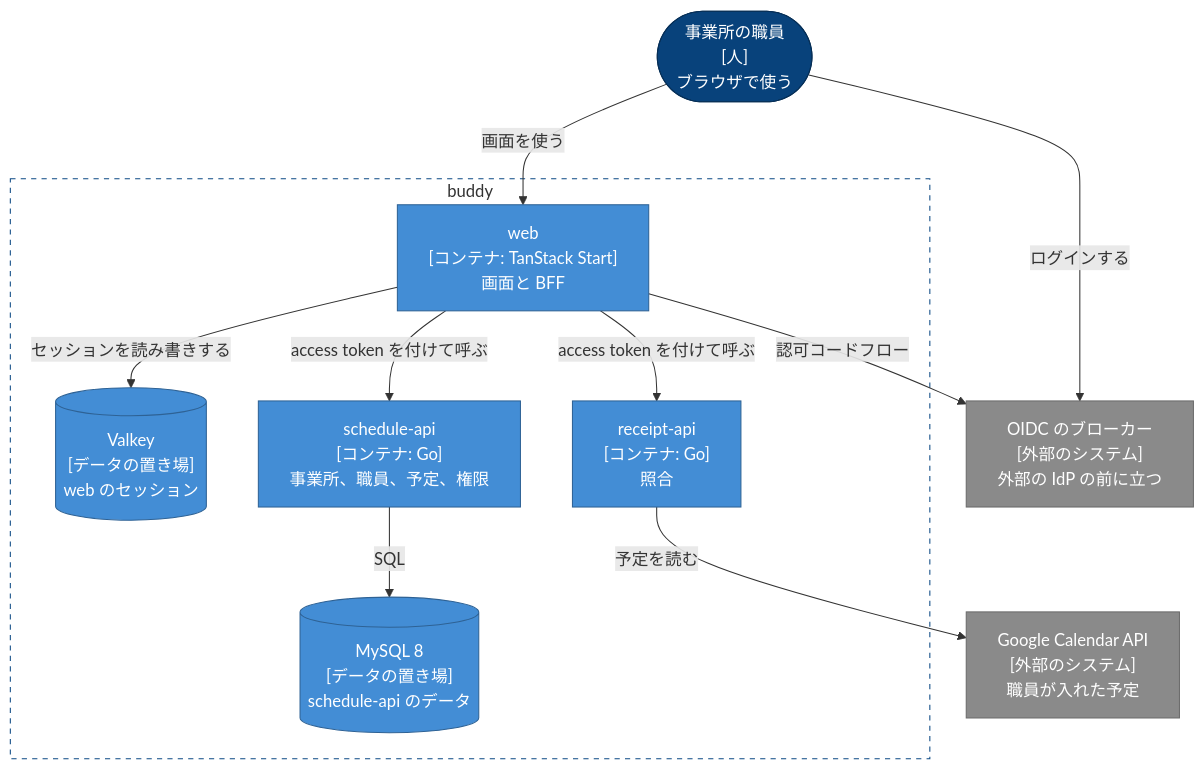
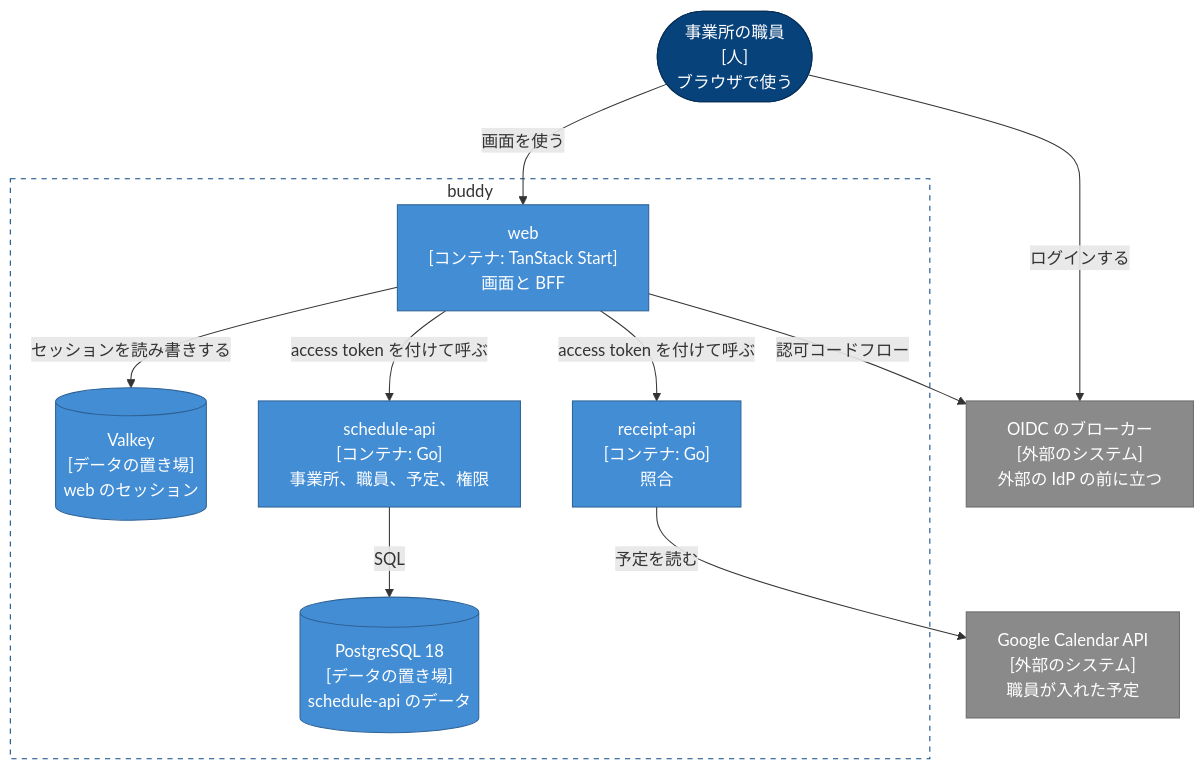
Before and after one commit to Fukuemon/buddy: the diagram in docs/design/DesignDoc.md, drawn with Mermaid. The commit also changed other lines of this file and 9 other files, not shown here.

Commit message:
docs: DB の記述を PostgreSQL と見直した表に合わせる #140

````diff
--- a/docs/design/DesignDoc.md
+++ b/docs/design/DesignDoc.md
@@ -47,28 +47,28 @@
 ```mermaid
 flowchart TB
   staff(["事業所の職員<br/>[人]<br/>ブラウザで使う"])
   broker["OIDC のブローカー<br/>[外部のシステム]<br/>外部の IdP の前に立つ"]
   subgraph buddy["buddy"]
     web["web<br/>[コンテナ: TanStack Start]<br/>画面と BFF"]
     valkey[("Valkey<br/>[データの置き場]<br/>web のセッション")]
     schedule["schedule-api<br/>[コンテナ: Go]<br/>事業所、職員、予定、権限"]
     receipt["receipt-api<br/>[コンテナ: Go]<br/>照合"]
-    mysql[("MySQL 8<br/>[データの置き場]<br/>schedule-api のデータ")]
+    postgres[("PostgreSQL 18<br/>[データの置き場]<br/>schedule-api のデータ")]
   end
   gcal["Google Calendar API<br/>[外部のシステム]<br/>職員が入れた予定"]
   staff -- "画面を使う" --> web
   staff -- "ログインする" --> broker
   web -- "認可コードフロー" --> broker
   web -- "セッションを読み書きする" --> valkey
   web -- "access token を付けて呼ぶ" --> schedule
   web -- "access token を付けて呼ぶ" --> receipt
-  schedule -- "SQL" --> mysql
+  schedule -- "SQL" --> postgres
   receipt -- "予定を読む" --> gcal
   classDef person fill:#08427b,stroke:#052e56,color:#fff
   classDef container fill:#438dd5,stroke:#2e6295,color:#fff
   classDef external fill:#8a8a8a,stroke:#6b6b6b,color:#fff
   class staff person
-  class web,valkey,schedule,receipt,mysql container
+  class web,valkey,schedule,receipt,postgres container
   class broker,gcal external
   style buddy fill:none,stroke:#0b4884,stroke-dasharray:5 5
 ```
````
